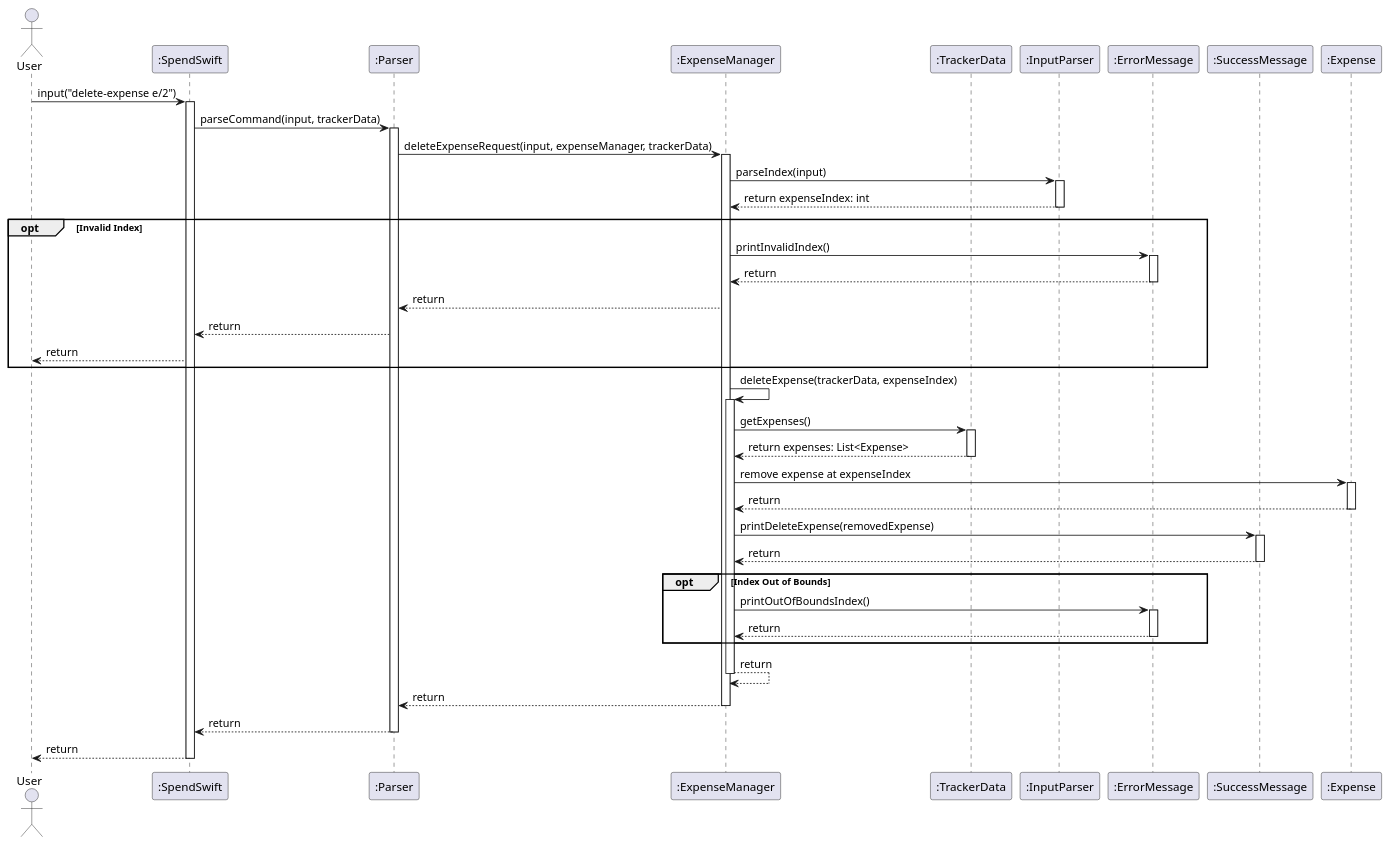
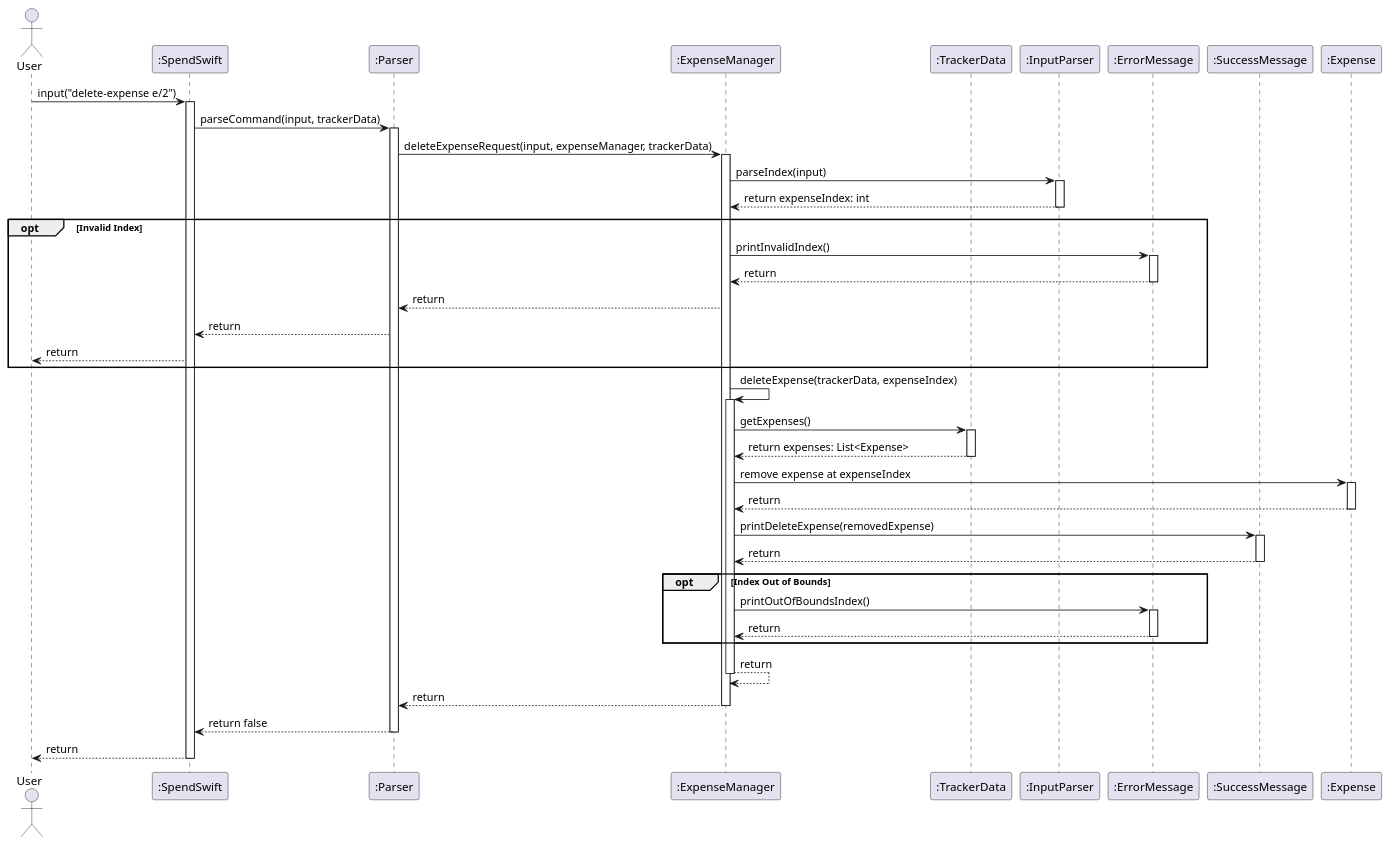
Before and after one commit to nus-cs2113-AY2425S1/tp: the diagram in docs/diagrams/DeleteExpense.puml, drawn with PlantUML. The commit also changed 17 other files, not shown here.

Commit message:
Refactor return value of Parser

```diff
--- a/docs/diagrams/DeleteExpense.puml
+++ b/docs/diagrams/DeleteExpense.puml
@@ -1,70 +1,70 @@
 @startuml
 actor User
 participant ":SpendSwift" as SpendSwift
 participant ":Parser" as Parser
 participant ":ExpenseManager" as ExpenseManager
 participant ":TrackerData" as TrackerData
 participant ":InputParser" as InputParser
 participant ":ErrorMessage" as ErrorMessage
 participant ":SuccessMessage" as SuccessMessage
 participant ":Expense" as Expense
 
 User -> SpendSwift : input("delete-expense e/2")
 activate SpendSwift
 SpendSwift -> Parser : parseCommand(input, trackerData)
 
 activate Parser
 Parser -> ExpenseManager : deleteExpenseRequest(input, expenseManager, trackerData)
 
 activate ExpenseManager
 ExpenseManager -> InputParser : parseIndex(input)
 activate InputParser
 InputParser --> ExpenseManager : return expenseIndex: int
 deactivate InputParser
 
 opt Invalid Index
     ExpenseManager -> ErrorMessage : printInvalidIndex()
     activate ErrorMessage
     ErrorMessage --> ExpenseManager : return
     deactivate ErrorMessage
     ExpenseManager --> Parser : return
     Parser --> SpendSwift : return
     SpendSwift --> User : return
 end
 
 ExpenseManager -> ExpenseManager : deleteExpense(trackerData, expenseIndex)
 
 activate ExpenseManager
 ExpenseManager -> TrackerData : getExpenses()
 activate TrackerData
 TrackerData --> ExpenseManager : return expenses: List<Expense>
 deactivate TrackerData
 
 ExpenseManager -> Expense : remove expense at expenseIndex
 activate Expense
 Expense --> ExpenseManager : return
 deactivate Expense
 
 ExpenseManager -> SuccessMessage : printDeleteExpense(removedExpense)
 activate SuccessMessage
 SuccessMessage --> ExpenseManager : return
 deactivate SuccessMessage
 
 opt Index Out of Bounds
     ExpenseManager -> ErrorMessage : printOutOfBoundsIndex()
     activate ErrorMessage
     ErrorMessage --> ExpenseManager : return
     deactivate ErrorMessage
 end
 
 ExpenseManager --> ExpenseManager : return
 deactivate ExpenseManager
 
 ExpenseManager --> Parser : return
 deactivate ExpenseManager
-Parser --> SpendSwift : return
+Parser --> SpendSwift : return false
 deactivate Parser
 SpendSwift --> User : return
 deactivate SpendSwift
 
 @enduml
```
